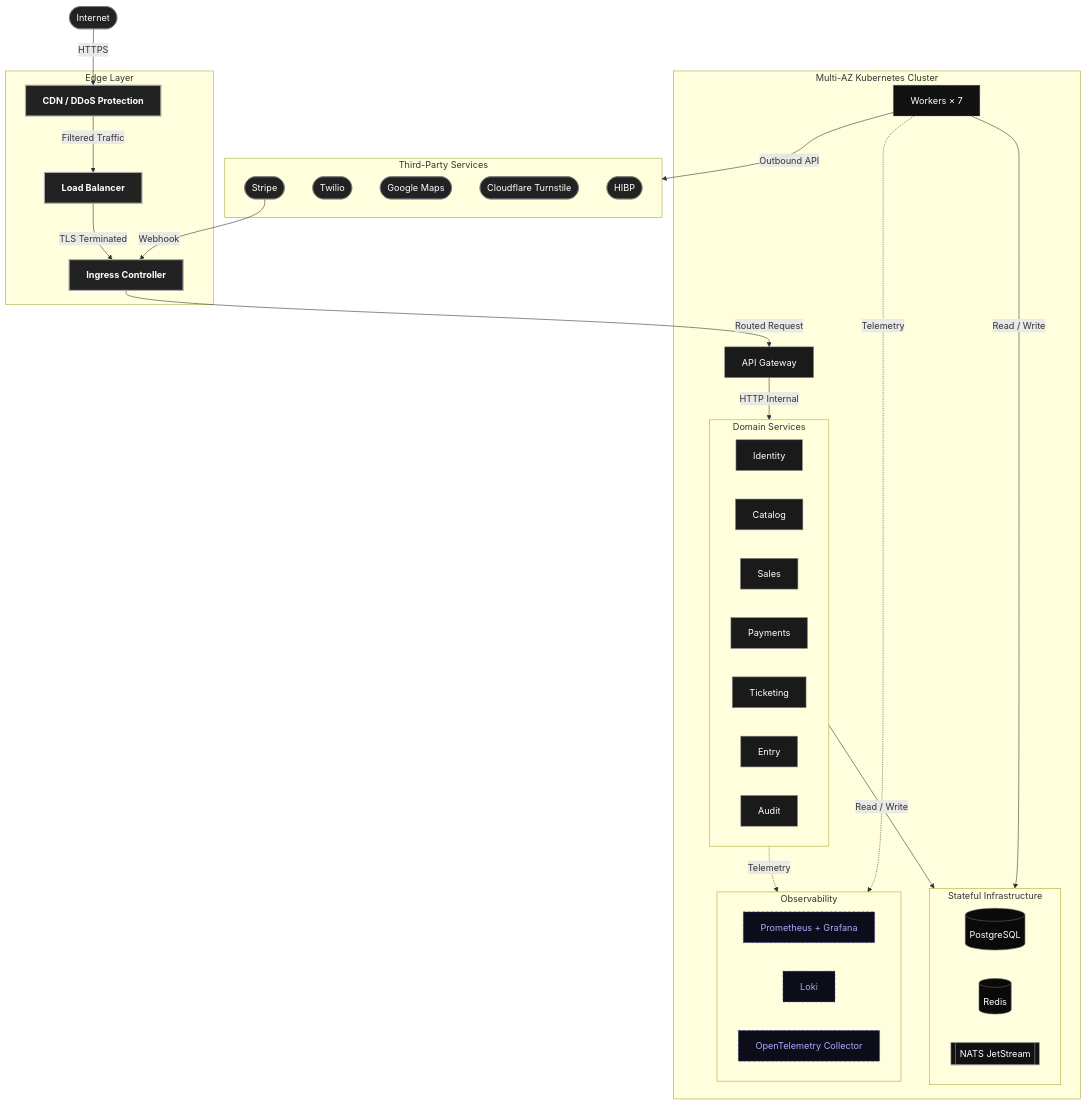
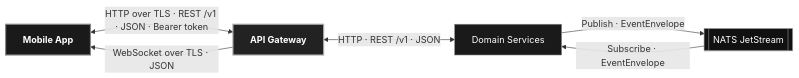
One commit to cristiangilsanz/qrew changed the third of 3 diagrams in docs/architecture/overview.md. Above: the diagram before and after it, drawn with Mermaid. The commit also changed other lines of this file and 1047 other files, not shown here.

````diff
--- a/docs/architecture/overview.md
+++ b/docs/architecture/overview.md
@@ -404,66 +412,18 @@
 ```mermaid
-flowchart TB
-    internet(["Internet"]):::ext
+flowchart LR
+    device["Mobile App"]:::client
+    gw["API Gateway"]:::edge
+    services["Domain Services"]:::svc
+    nats[["NATS JetStream"]]:::bus
 
-    subgraph Edge["Edge Layer"]
-        cdn["CDN / DDoS Protection"]:::edge
-        lb["Load Balancer"]:::edge
-        ingress["Ingress Controller"]:::edge
-    end
+    device <-->|"HTTP over TLS · REST /v1 · JSON · Bearer token"| gw
+    gw -->|"WebSocket over TLS · JSON"| device
+    gw <-->|"HTTP · REST /v1 · JSON"| services
+    services -->|"Publish · EventEnvelope"| nats
+    nats -->|"Subscribe · EventEnvelope"| services
 
-    subgraph Cluster["Multi-AZ Kubernetes Cluster"]
-        gw["API Gateway"]:::svc
-
-        subgraph Services["Domain Services"]
-            identity["Identity"]:::svc
-            catalog["Catalog"]:::svc
-            sales["Sales"]:::svc
-            payments["Payments"]:::svc
-            ticketing["Ticketing"]:::svc
-            entry["Entry"]:::svc
-            audit["Audit"]:::svc
-        end
-
-        workers["Workers × 7"]:::worker
-
-        subgraph StatefulSets["Stateful Infrastructure"]
-            pg[("PostgreSQL")]:::db
-            redis[("Redis")]:::db
-            nats[["NATS JetStream"]]:::bus
-        end
-
-        subgraph Observability["Observability"]
-            metrics["Prometheus + Grafana"]:::obs
-            logs["Loki"]:::obs
-            tracing["OpenTelemetry Collector"]:::obs
-        end
-    end
-
-    subgraph ThirdParty["Third-Party Services"]
-        stripe(["Stripe"]):::ext
-        twilio(["Twilio"]):::ext
-        maps(["Google Maps"]):::ext
-        turnstile(["Cloudflare Turnstile"]):::ext
-        hibp(["HIBP"]):::ext
-    end
-
-    internet -->|"HTTPS"| cdn
-    cdn -->|"Filtered Traffic"| lb
-    lb -->|"TLS Terminated"| ingress
-    ingress -->|"Routed Request"| gw
-    stripe -->|"Webhook"| ingress
-    gw -->|"HTTP Internal"| Services
-    Services -->|"Read / Write"| StatefulSets
-    workers -->|"Read / Write"| StatefulSets
-    workers -->|"Outbound API"| ThirdParty
-    Services -.->|"Telemetry"| Observability
-    workers -.->|"Telemetry"| Observability
-
+    classDef client fill:#1a1a1a,color:#fff,stroke:#888,stroke-width:2px,font-weight:bold
     classDef edge   fill:#222,color:#fff,stroke:#aaa,stroke-width:2px,font-weight:bold
     classDef svc    fill:#1a1a1a,color:#fff,stroke:#888,stroke-width:1px
-    classDef worker fill:#111,color:#fff,stroke:#666,stroke-width:1px,stroke-dasharray:3
-    classDef db     fill:#0a0a0a,color:#fff,stroke:#666,stroke-width:1px
     classDef bus    fill:#111,color:#fff,stroke:#999,stroke-width:1px
-    classDef obs    fill:#0d0d1a,color:#aaaaff,stroke:#4444aa,stroke-width:1px,stroke-dasharray:4
-    classDef ext    fill:#222,color:#fff,stroke:#777,stroke-width:1px
 ```
````
